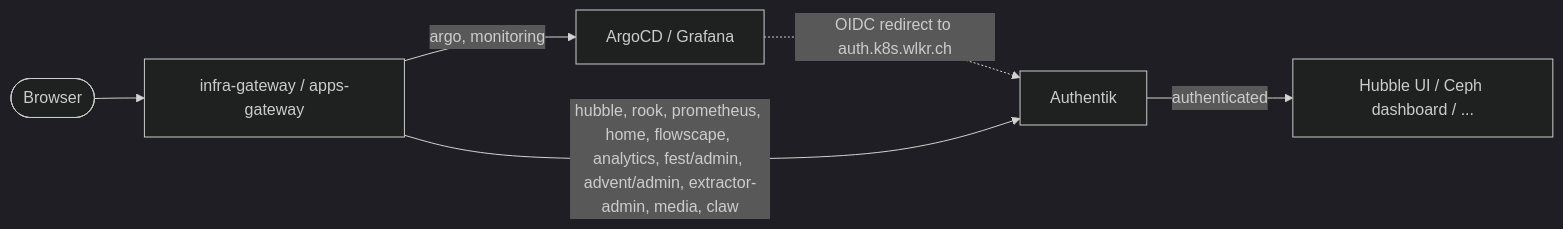
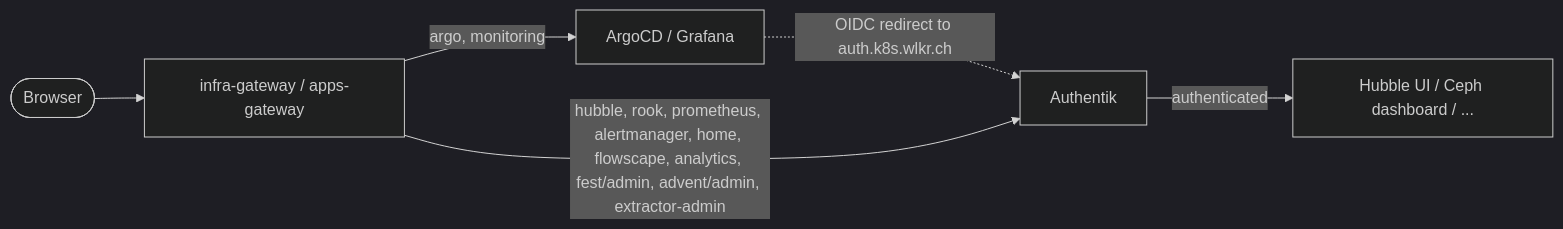
The diagram in docs/platform/authentik.md (JanWelker/homelab), drawn with Mermaid (dark theme) before and after one commit. The commit also changed other lines of this file and 44 other files, not shown here.

````diff
--- a/docs/platform/authentik.md
+++ b/docs/platform/authentik.md
@@ -41,8 +42,8 @@
 ```mermaid
 flowchart LR
     U([Browser]) --> GW[infra-gateway / apps-gateway]
     GW -->|argo, monitoring| APP[ArgoCD / Grafana]
     APP -.->|OIDC redirect to auth.k8s.wlkr.ch| AK[Authentik]
-    GW -->|hubble, rook, prometheus, home, flowscape, analytics, fest/admin, advent/admin, extractor-admin, media, claw| AK
+    GW -->|hubble, rook, prometheus, alertmanager, home, flowscape, analytics, fest/admin, advent/admin, extractor-admin| AK
     AK -->|authenticated| BE[Hubble UI / Ceph dashboard / ...]
 ```
````
